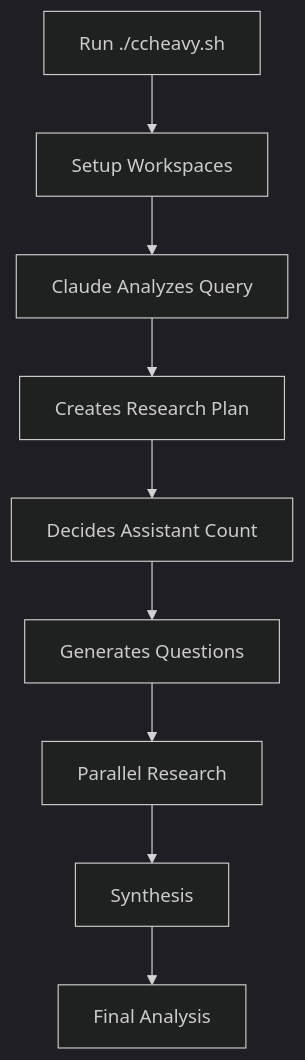
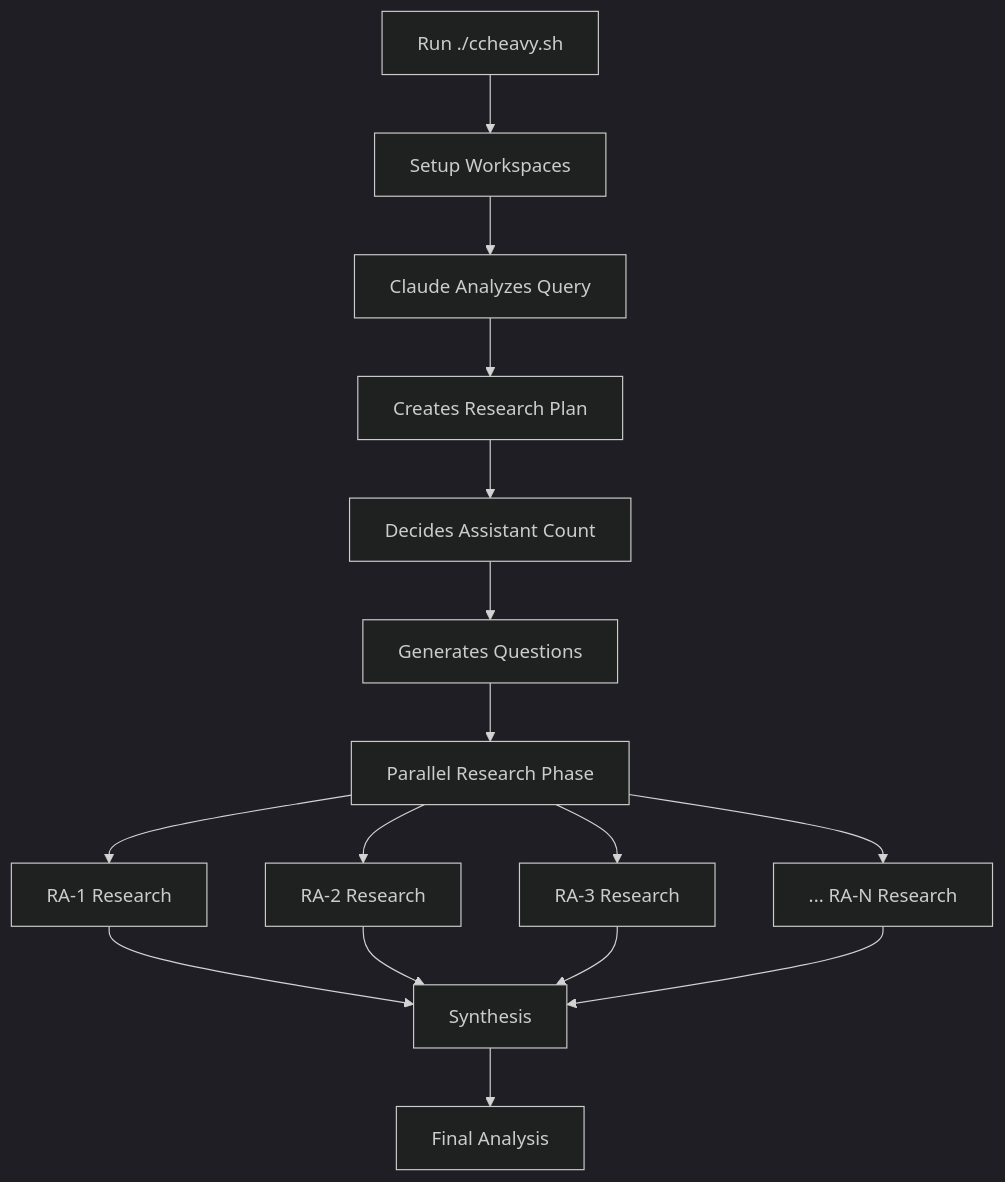
Before and after one commit to LionGab/Lion: the diagram in README.md, drawn with Mermaid (dark theme). The commit also changed other lines of this file and 12 other files, not shown here.

````diff
--- a/README.md
+++ b/README.md
@@ -46,11 +46,18 @@
 ```mermaid
 graph TD
     A[Run ./ccheavy.sh] --> B[Setup Workspaces]
     B --> C[Claude Analyzes Query]
     C --> D[Creates Research Plan]
     D --> E[Decides Assistant Count]
     E --> F[Generates Questions]
-    F --> G[Parallel Research]
-    G --> H[Synthesis]
-    H --> I[Final Analysis]
+    F --> G[Parallel Research Phase]
+    G --> H1[RA-1 Research]
+    G --> H2[RA-2 Research]
+    G --> H3[RA-3 Research]
+    G --> H4[... RA-N Research]
+    H1 --> I[Synthesis]
+    H2 --> I
+    H3 --> I
+    H4 --> I
+    I --> J[Final Analysis]
 ```
````
